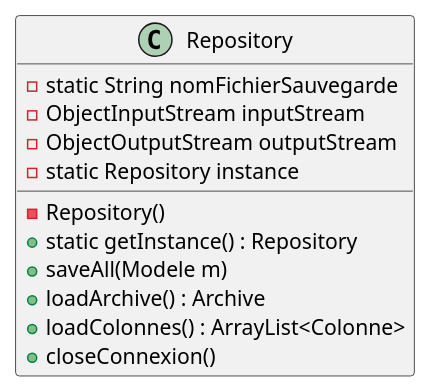
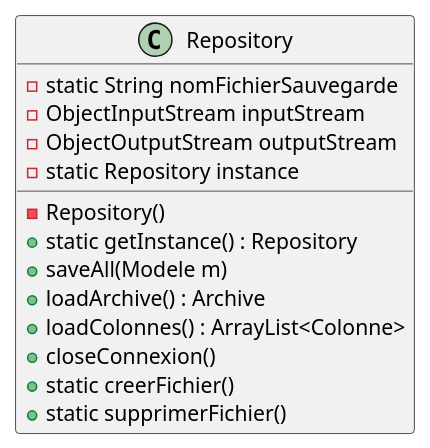
One commit to AlexanderCARNET/SAE_3_01_dev_application changed the diagram in Ollert_QDEV/diagrammes/DiagrammeClassRepository.puml. Above: the diagram before and after it, drawn with PlantUML.

Commit message:
[UPDATE] ajout de methode static pour la creation et suppression du fichier de sauvegarde dans le diagramme de classe de Repository

```diff
--- a/Ollert_QDEV/diagrammes/DiagrammeClassRepository.puml
+++ b/Ollert_QDEV/diagrammes/DiagrammeClassRepository.puml
@@ -1,16 +1,18 @@
 @startuml
 
 class Repository{
     - static String nomFichierSauvegarde
     - ObjectInputStream inputStream
     - ObjectOutputStream outputStream
     - static Repository instance
     - Repository()
     + static getInstance() : Repository
     + saveAll(Modele m)
     + loadArchive() : Archive
     + loadColonnes() : ArrayList<Colonne>
     + closeConnexion()
+    + static creerFichier()
+    + static supprimerFichier()
 }
 
 @enduml
```
